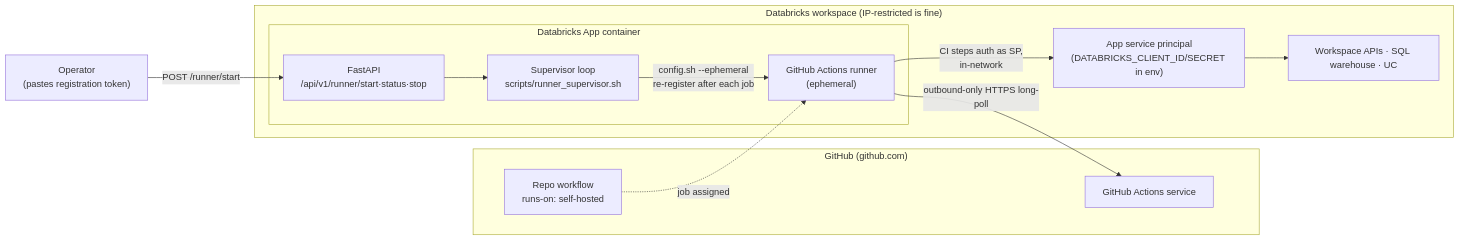
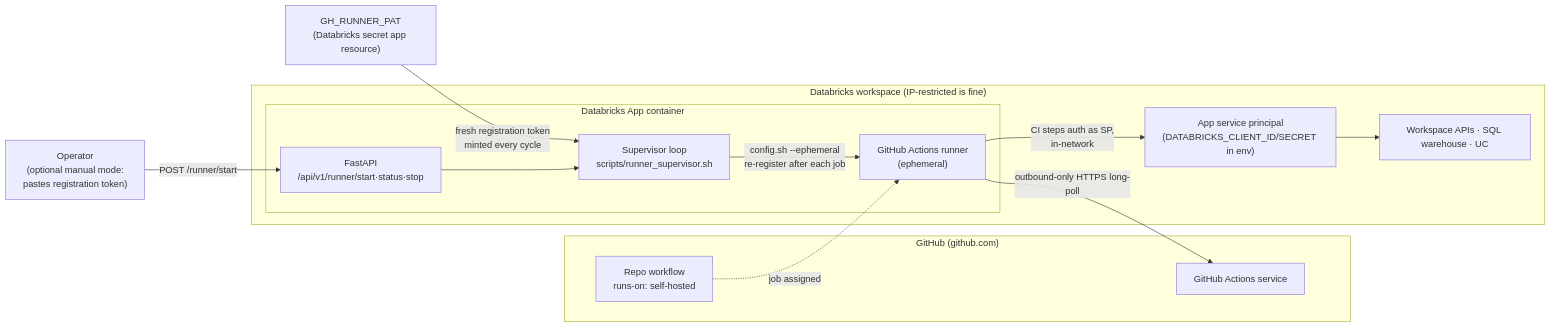
One commit to randypitcherii/shareables changed the diagram in databricks/apps/github-actions-runner-spike/README.md. Above: the diagram before and after it, drawn with Mermaid. The commit also changed other lines of this file and 22 other files, not shown here.

First line of the commit message:
feat: real dbt CI on the in-workspace Databricks App runner (#58)

````diff
--- a/databricks/apps/github-actions-runner-spike/README.md
+++ b/databricks/apps/github-actions-runner-spike/README.md
@@ -31,25 +31,26 @@
 ```mermaid
 flowchart LR
     subgraph gh["GitHub (github.com)"]
         ACTIONS["GitHub Actions service"]
         REPO["Repo workflow<br/>runs-on: self-hosted"]
     end
 
     subgraph ws["Databricks workspace (IP-restricted is fine)"]
         subgraph app["Databricks App container"]
             API["FastAPI<br/>/api/v1/runner/start·status·stop"]
             SUP["Supervisor loop<br/>scripts/runner_supervisor.sh"]
             RUNNER["GitHub Actions runner<br/>(ephemeral)"]
         end
         SP["App service principal<br/>(DATABRICKS_CLIENT_ID/SECRET in env)"]
         DBX["Workspace APIs · SQL warehouse · UC"]
     end
 
-    OPERATOR["Operator<br/>(pastes registration token)"] -->|"POST /runner/start"| API
+    PAT["GH_RUNNER_PAT<br/>(Databricks secret app resource)"] -->|"fresh registration token<br/>minted every cycle"| SUP
+    OPERATOR["Operator<br/>(optional manual mode:<br/>pastes registration token)"] -->|"POST /runner/start"| API
     API --> SUP
     SUP -->|"config.sh --ephemeral<br/>re-register after each job"| RUNNER
     RUNNER -->|"outbound-only HTTPS long-poll"| ACTIONS
     REPO -.->|"job assigned"| RUNNER
     RUNNER -->|"CI steps auth as SP,<br/>in-network"| SP
     SP --> DBX
 ```
````
